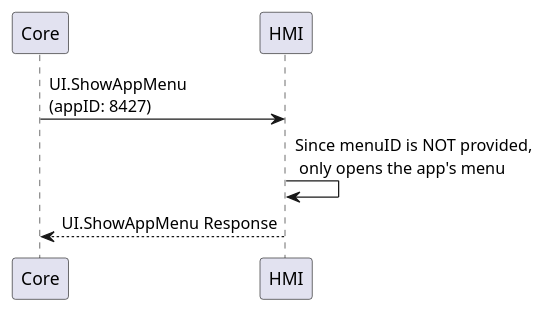
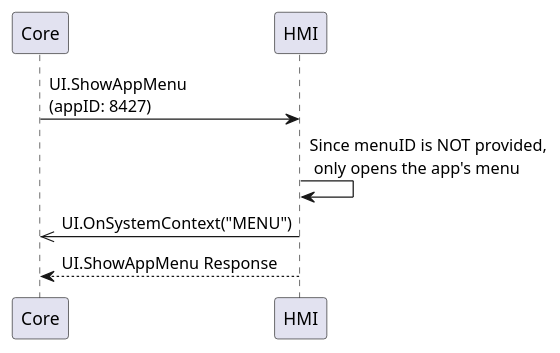
One commit to smartdevicelink/sdl_hmi_integration_guidelines changed the diagram in docs/UI/ShowAppMenu/assets/ShowAppMenu.puml. Above: the diagram before and after it, drawn with PlantUML. The commit also changed 4 other files, not shown here.

Commit message:
Add the OnSystemContext notification step for opening the menu

```diff
--- a/docs/UI/ShowAppMenu/assets/ShowAppMenu.puml
+++ b/docs/UI/ShowAppMenu/assets/ShowAppMenu.puml
@@ -1,9 +1,12 @@
 @startuml ShowAppMenu
 participant Core
 participant HMI
 
+' note right of HMI: Mobile app is the\nASP for the active\nMEDIA service
+
 Core -> HMI: UI.ShowAppMenu\n(appID: 8427)
 HMI -> HMI: Since menuID is NOT provided,\n only opens the app's menu
+HMI ->> Core: UI.OnSystemContext("MENU")
 HMI --> Core: UI.ShowAppMenu Response
 
 @enduml
```
